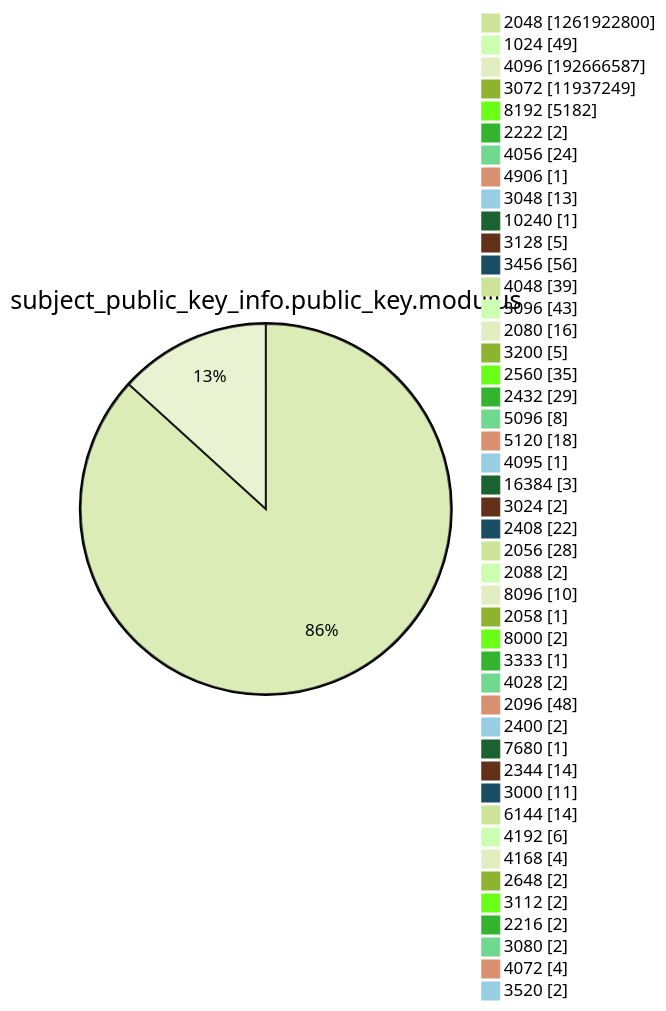
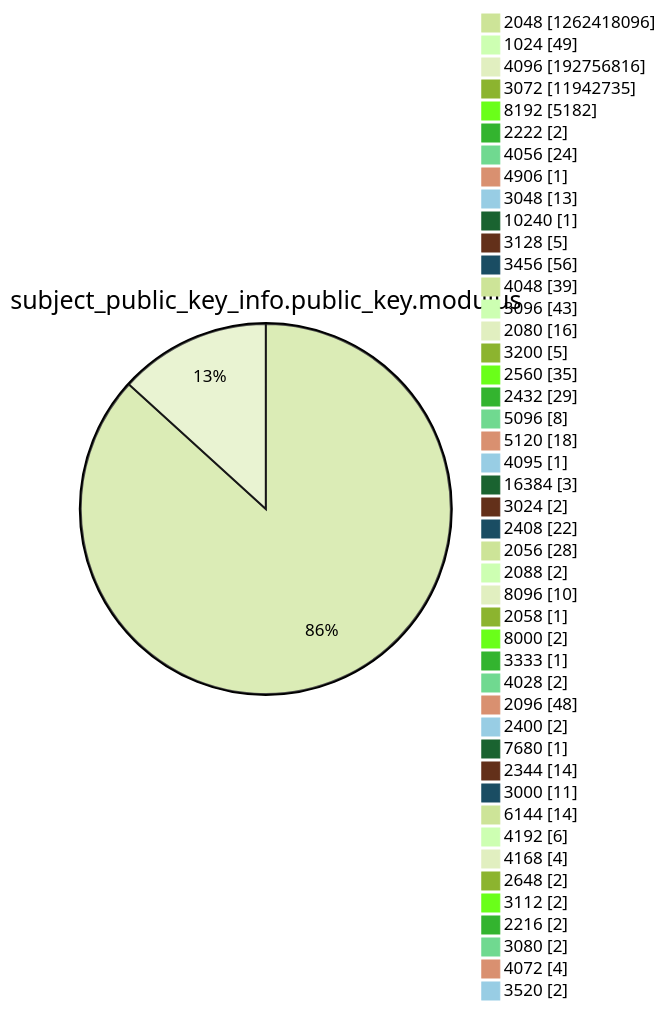
Before and after one commit to christiankrug/ctmonitor_visualization: diagram 13 of 15 in xenon2022/README.md, drawn with Mermaid (forest theme). The commit also changed other lines of this file, not shown here.

````diff
--- a/xenon2022/README.md
+++ b/xenon2022/README.md
@@ -3920,49 +3920,49 @@
 ```mermaid
 pie showData
 title subject_public_key_info.public_key.modulus
-"2048" :1261922800
+"2048" :1262418096
 "1024" :49
-"4096" :192666587
-"3072" :11937249
+"4096" :192756816
+"3072" :11942735
 "8192" :5182
 "2222" :2
 "4056" :24
 "4906" :1
 "3048" :13
 "10240" :1
 "3128" :5
 "3456" :56
 "4048" :39
 "3096" :43
 "2080" :16
 "3200" :5
 "2560" :35
 "2432" :29
 "5096" :8
 "5120" :18
 "4095" :1
 "16384" :3
 "3024" :2
 "2408" :22
 "2056" :28
 "2088" :2
 "8096" :10
 "2058" :1
 "8000" :2
 "3333" :1
 "4028" :2
 "2096" :48
 "2400" :2
 "7680" :1
 "2344" :14
 "3000" :11
 "6144" :14
 "4192" :6
 "4168" :4
 "2648" :2
 "3112" :2
 "2216" :2
 "3080" :2
 "4072" :4
 "3520" :2
 ```
````
